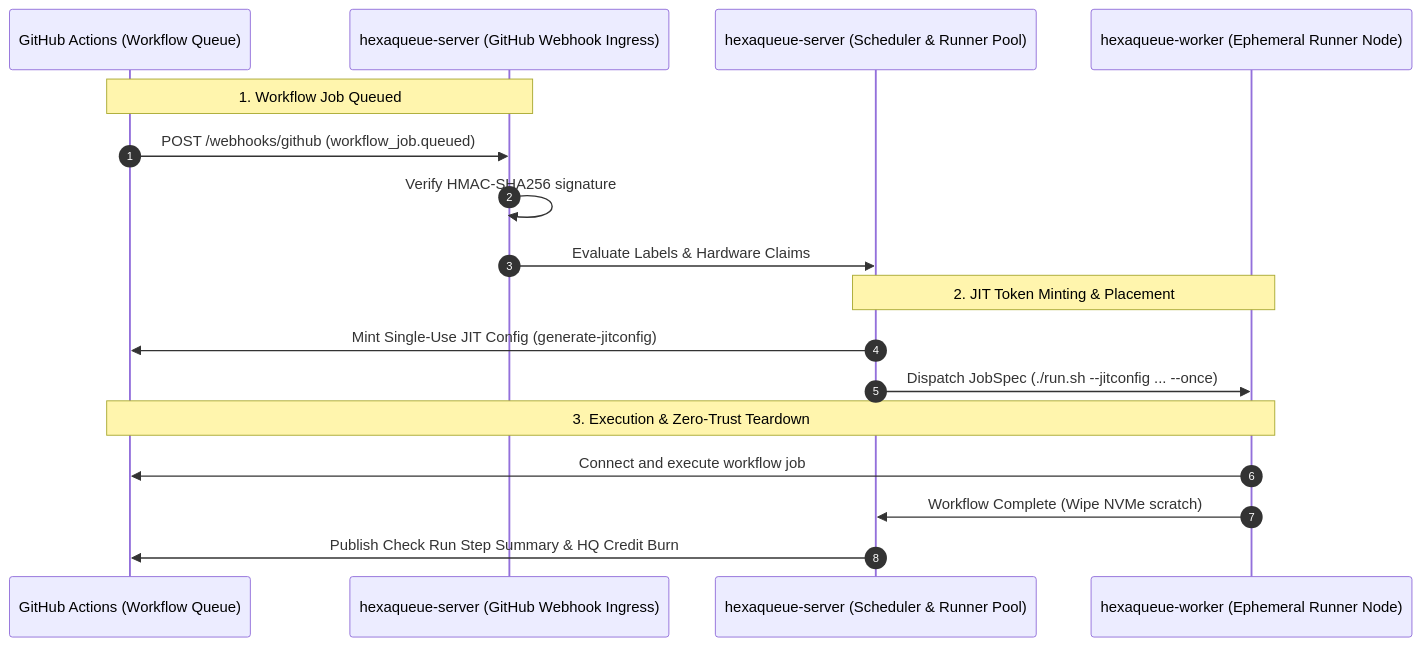
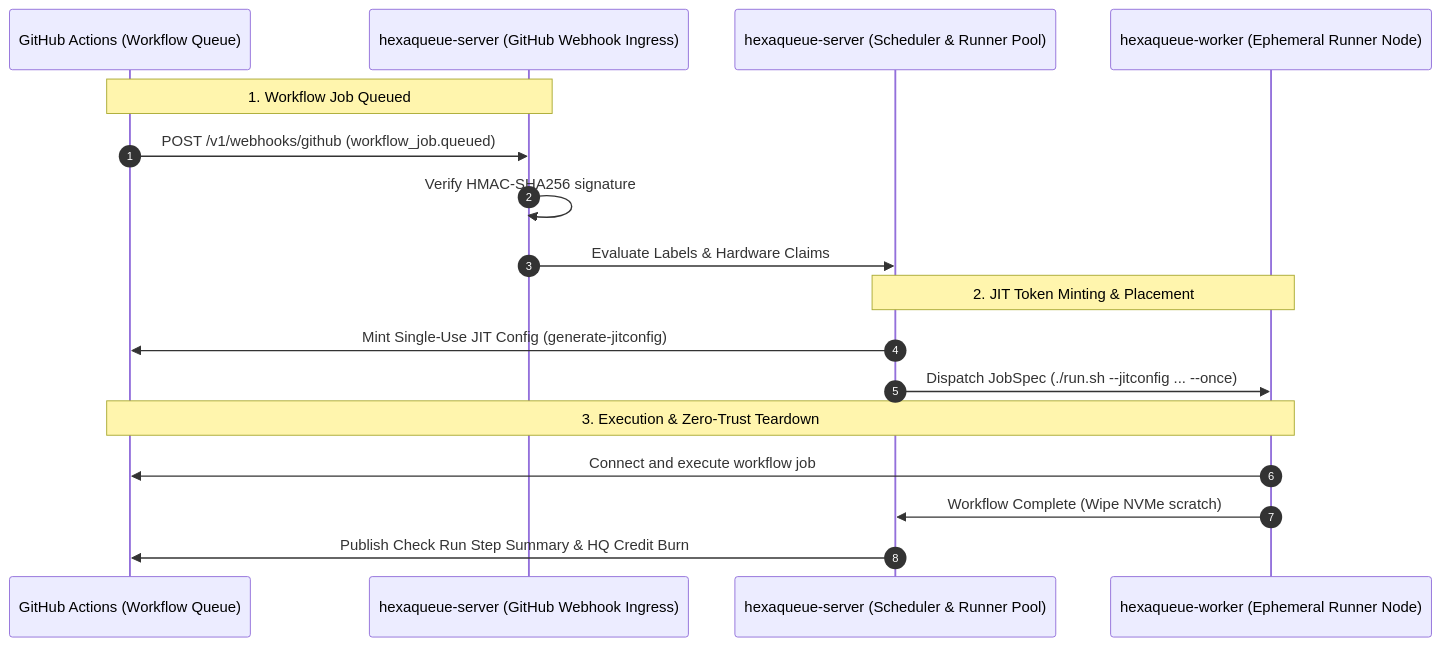
One commit to TheTrueSCU/hexaqueue changed the diagram in docs/guides/github-actions-runner.md. Above: the diagram before and after it, drawn with Mermaid. The commit also changed other lines of this file and 32 other files, not shown here.

````diff
--- a/docs/guides/github-actions-runner.md
+++ b/docs/guides/github-actions-runner.md
@@ -11,22 +11,22 @@
 ```mermaid
 sequenceDiagram
     autonumber
     participant GH as GitHub Actions (Workflow Queue)
     participant Webhook as hexaqueue-server (GitHub Webhook Ingress)
     participant Scheduler as hexaqueue-server (Scheduler & Runner Pool)
     participant Worker as hexaqueue-worker (Ephemeral Runner Node)
 
     Note over GH,Webhook: 1. Workflow Job Queued
-    GH->>Webhook: POST /webhooks/github (workflow_job.queued)
+    GH->>Webhook: POST /v1/webhooks/github (workflow_job.queued)
     Webhook->>Webhook: Verify HMAC-SHA256 signature
     Webhook->>Scheduler: Evaluate Labels & Hardware Claims
 
     Note over Scheduler,Worker: 2. JIT Token Minting & Placement
     Scheduler->>GH: Mint Single-Use JIT Config (generate-jitconfig)
     Scheduler->>Worker: Dispatch JobSpec (./run.sh --jitconfig ... --once)
 
     Note over GH,Worker: 3. Execution & Zero-Trust Teardown
     Worker->>GH: Connect and execute workflow job
     Worker->>Scheduler: Workflow Complete (Wipe NVMe scratch)
     Scheduler->>GH: Publish Check Run Step Summary & HQ Credit Burn
 ```
````
